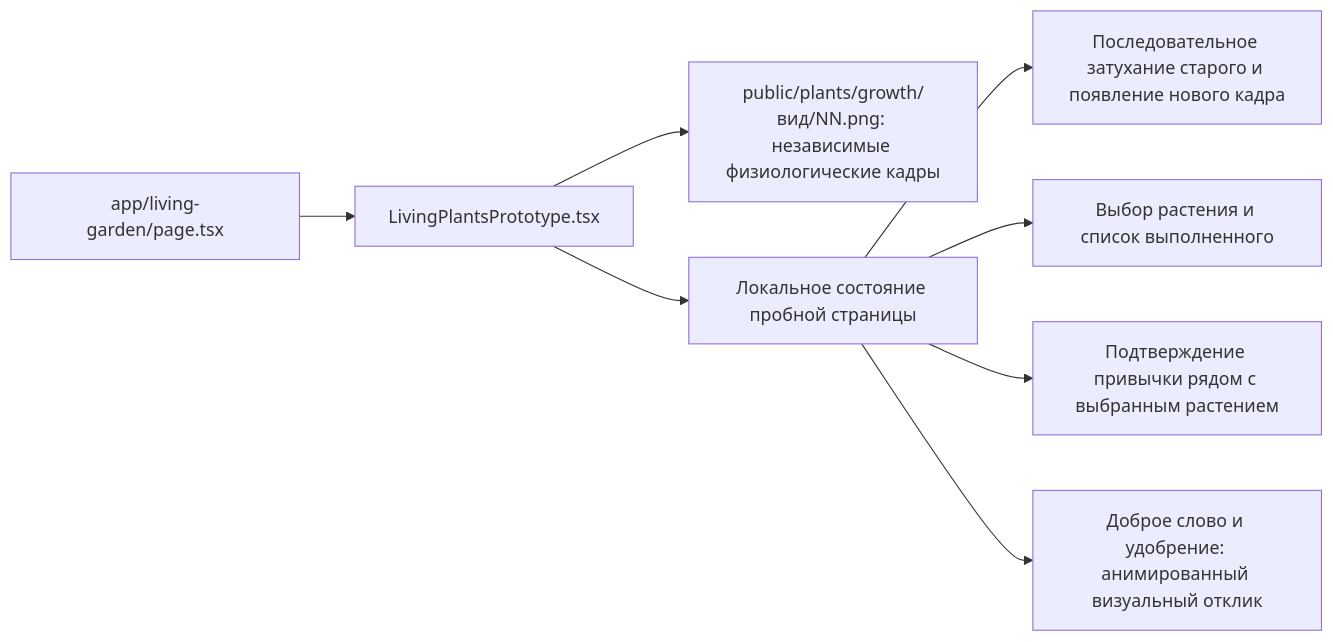
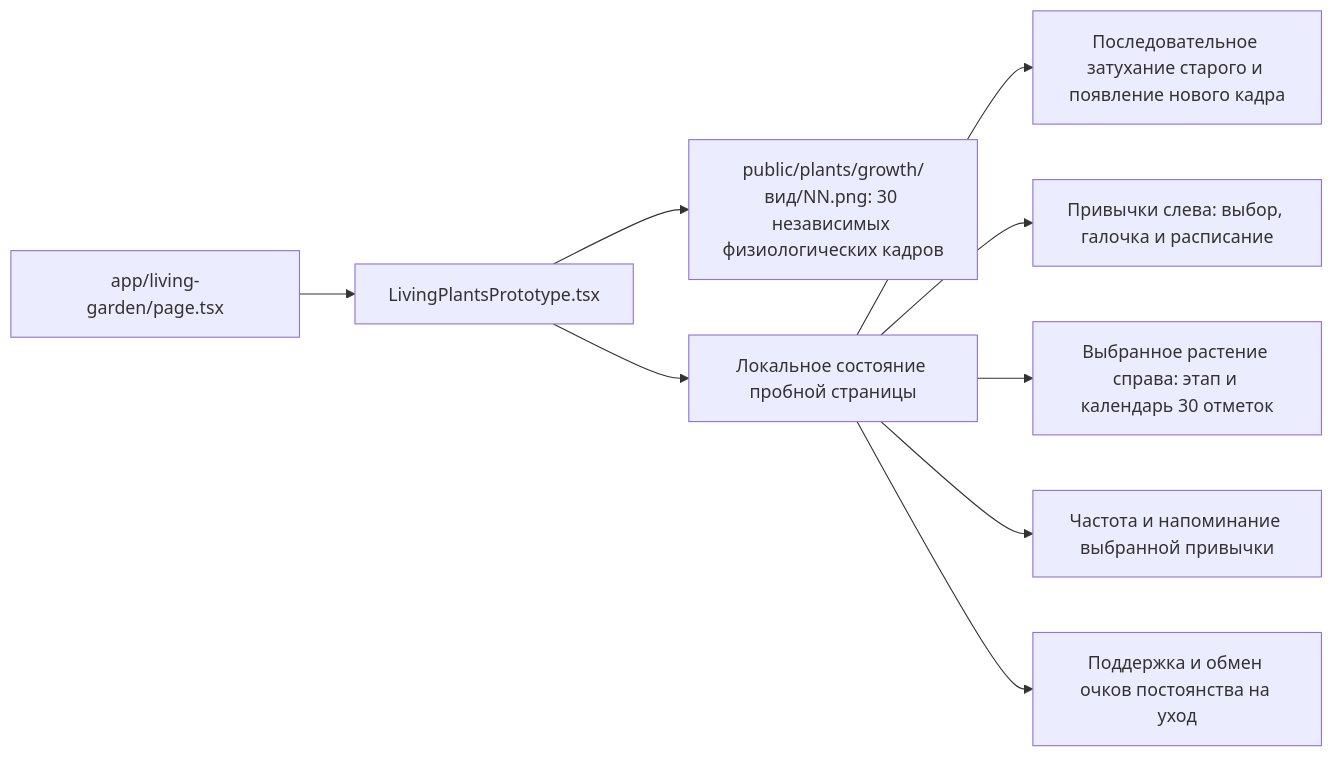
One commit to katrin27108-rgb/rost-habit-garden changed the fifth of 7 diagrams in docs/ARCHITECTURE.md. Above: the diagram before and after it, drawn with Mermaid. The commit also changed other lines of this file and 196 other files, not shown here.

````diff
--- a/docs/ARCHITECTURE.md
+++ b/docs/ARCHITECTURE.md
@@ -71,10 +71,11 @@
 ```mermaid
 flowchart LR
   Route[app/living-garden/page.tsx] --> Prototype[LivingPlantsPrototype.tsx]
-  Prototype --> Plants[public/plants/growth/вид/NN.png: независимые физиологические кадры]
+  Prototype --> Plants[public/plants/growth/вид/NN.png: 30 независимых физиологических кадров]
   Prototype --> DemoState[Локальное состояние пробной страницы]
   DemoState --> Growth[Последовательное затухание старого и появление нового кадра]
-  DemoState --> Checklist[Выбор растения и список выполненного]
-  DemoState --> Confirm[Подтверждение привычки рядом с выбранным растением]
-  DemoState --> Care[Доброе слово и удобрение: анимированный визуальный отклик]
+  DemoState --> Checklist[Привычки слева: выбор, галочка и расписание]
+  DemoState --> Stage[Выбранное растение справа: этап и календарь 30 отметок]
+  DemoState --> Reminders[Частота и напоминание выбранной привычки]
+  DemoState --> Care[Поддержка и обмен очков постоянства на уход]
 ```
````
